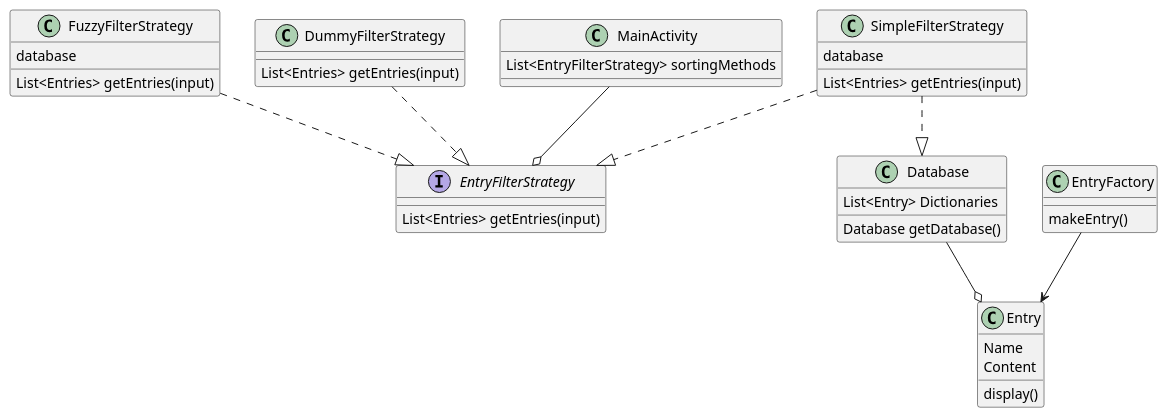
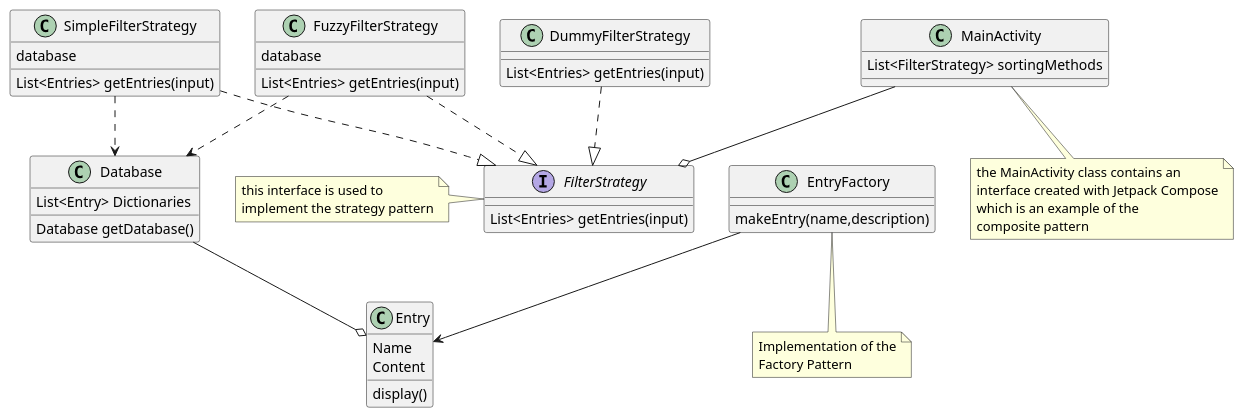
One commit to sesh9096/ooad_semester_project changed the diagram in resources/status.org. Above: the diagram before and after it, drawn with PlantUML. The commit also changed other lines of this file and 5 other files, not shown here.

```diff
--- a/resources/status.org
+++ b/resources/status.org
@@ -18,38 +20,42 @@
 #+begin_src plantuml :file class-diagram.png
-Interface EntryFilterStrategy {
+Interface FilterStrategy {
 	List<Entries> getEntries(input)
 }
+note left: this interface is used to\nimplement the strategy pattern
 Class Entry{
 	Name
 	Content
 	display()
 }
 Class EntryFactory{
-	makeEntry()
+	makeEntry(name,description)
 }
+note bottom: Implementation of the\nFactory Pattern
 Class Database{
 	List<Entry> Dictionaries
 	Database getDatabase()
 }
 Class SimpleFilterStrategy {
 	database
 	List<Entries> getEntries(input)
 }
 Class FuzzyFilterStrategy {
 	database
 	List<Entries> getEntries(input)
 }
 Class DummyFilterStrategy {
 	List<Entries> getEntries(input)
 }
 Class MainActivity {
-	List<EntryFilterStrategy> sortingMethods
+	List<FilterStrategy> sortingMethods
 }
-SimpleFilterStrategy ..|> EntryFilterStrategy
-FuzzyFilterStrategy ..|> EntryFilterStrategy
-DummyFilterStrategy ..|> EntryFilterStrategy
-SimpleFilterStrategy ..|> Database
+note bottom: the MainActivity class contains an\ninterface created with Jetpack Compose\nwhich is an example of the\ncomposite pattern
+SimpleFilterStrategy ..|> FilterStrategy
+FuzzyFilterStrategy ..|> FilterStrategy
+DummyFilterStrategy ..|> FilterStrategy
+SimpleFilterStrategy ..> Database
+FuzzyFilterStrategy ..> Database
 Database --o Entry
-MainActivity --o EntryFilterStrategy
+MainActivity --o FilterStrategy
 EntryFactory --> Entry
 #+end_src
```
